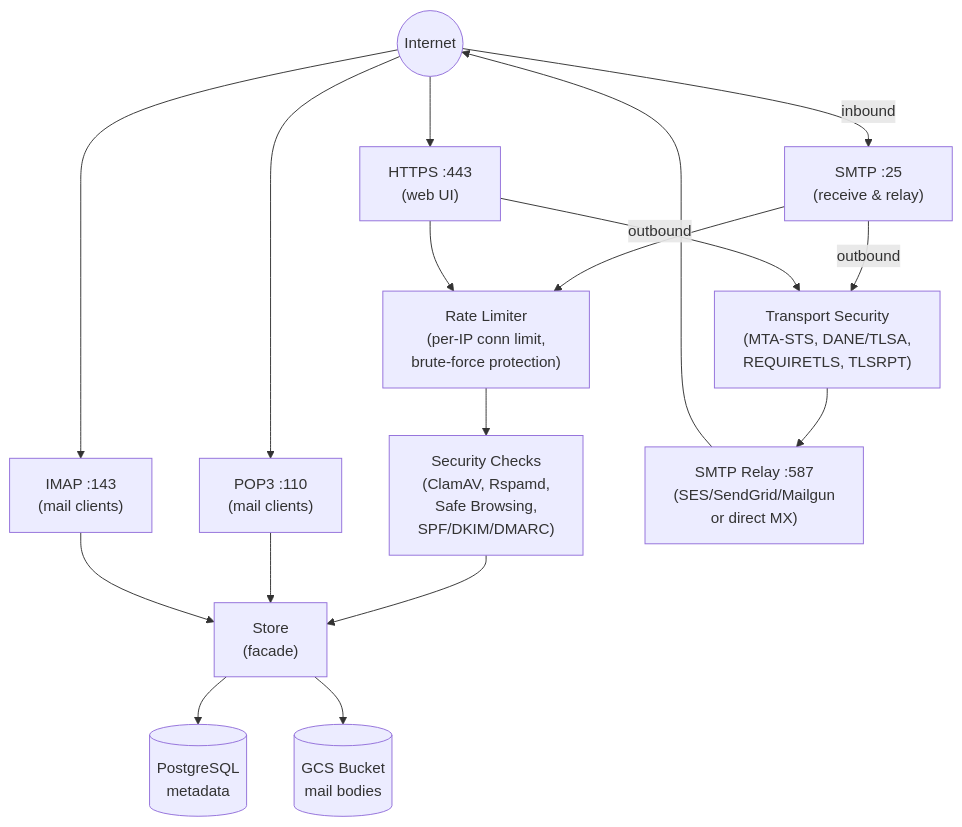
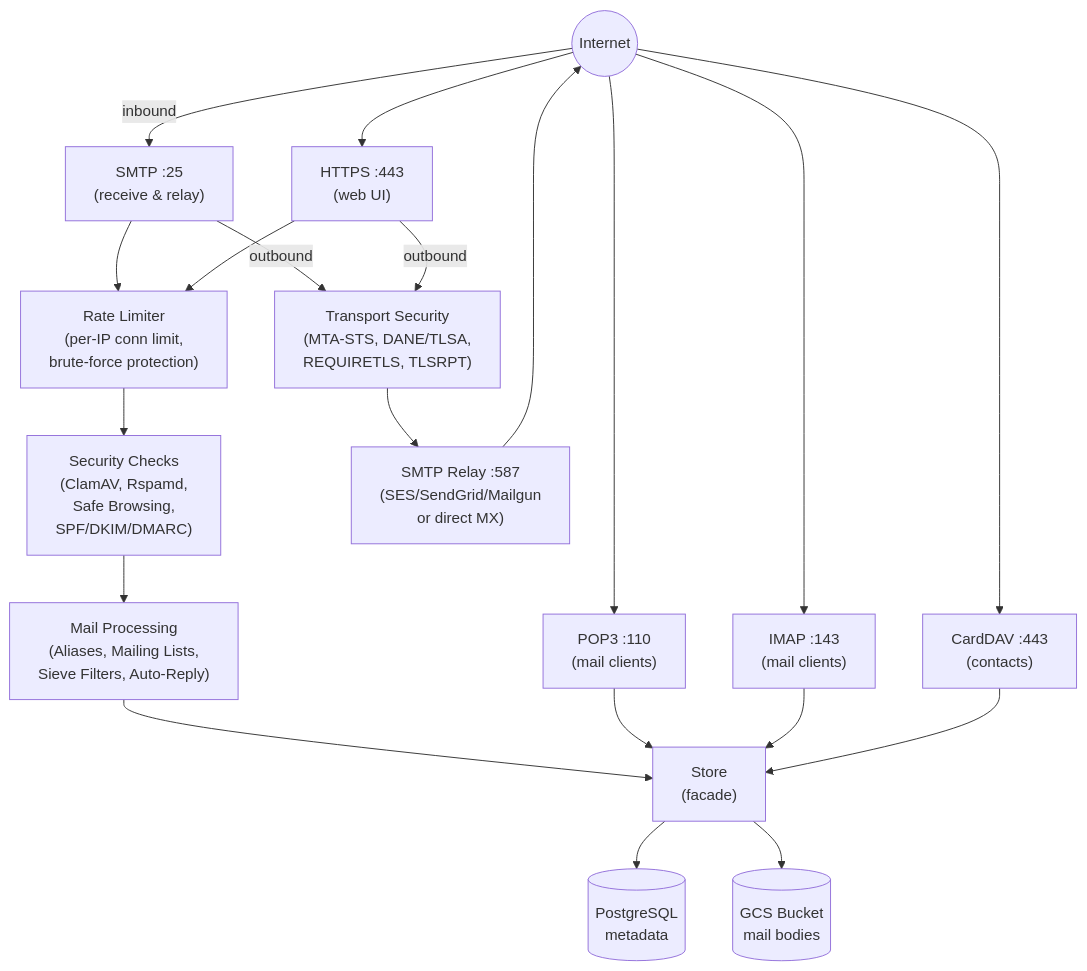
One commit to mustafa-karli/bdsmail changed the diagram in README.md. Above: the diagram before and after it, drawn with Mermaid. The commit also changed other lines of this file and 27 other files, not shown here.

````diff
--- a/README.md
+++ b/README.md
@@ -33,26 +42,31 @@
 ```mermaid
 graph TD
     Internet((Internet))
 
     Internet -->|inbound| SMTP["SMTP :25<br/>(receive & relay)"]
     Internet --> POP3["POP3 :110<br/>(mail clients)"]
     Internet --> IMAP["IMAP :143<br/>(mail clients)"]
     Internet --> HTTPS["HTTPS :443<br/>(web UI)"]
 
     SMTP --> RateLimit["Rate Limiter<br/>(per-IP conn limit,<br/>brute-force protection)"]
     HTTPS --> RateLimit
 
     RateLimit --> Security["Security Checks<br/>(ClamAV, Rspamd,<br/>Safe Browsing,<br/>SPF/DKIM/DMARC)"]
 
-    Security --> Store["Store<br/>(facade)"]
+    Security --> Filters["Mail Processing<br/>(Aliases, Mailing Lists,<br/>Sieve Filters, Auto-Reply)"]
+
+    Filters --> Store["Store<br/>(facade)"]
     POP3 --> Store
     IMAP --> Store
+
+    Internet --> CardDAV["CardDAV :443<br/>(contacts)"]
+    CardDAV --> Store
 
     Store --> PostgreSQL[(PostgreSQL<br/>metadata)]
     Store --> GCS[(GCS Bucket<br/>mail bodies)]
 
     SMTP -->|outbound| TLS["Transport Security<br/>(MTA-STS, DANE/TLSA,<br/>REQUIRETLS, TLSRPT)"]
     HTTPS -->|outbound| TLS
     TLS --> SES["SMTP Relay :587<br/>(SES/SendGrid/Mailgun<br/>or direct MX)"]
     SES --> Internet
 ```
````
